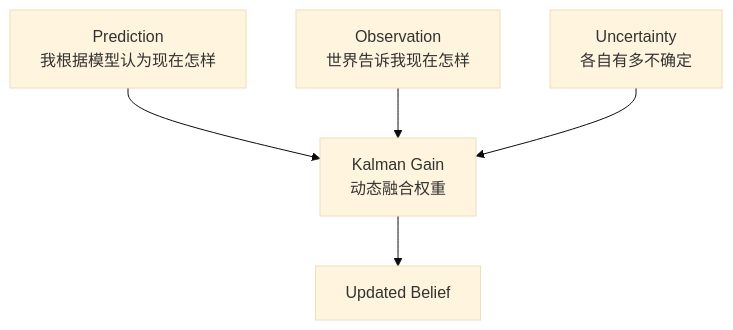
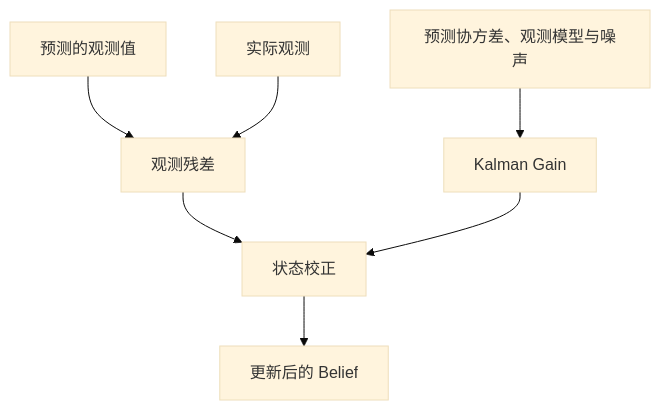
One commit to hyandnn/my-learning-notes changed the diagram in docs/slam/foundations/kalman-gain-intuition.md. Above: the diagram before and after it, drawn with Mermaid (base theme). The commit also changed other lines of this file and 11 other files, not shown here.

````diff
--- a/docs/slam/foundations/kalman-gain-intuition.md
+++ b/docs/slam/foundations/kalman-gain-intuition.md
@@ -37,13 +37,9 @@
 ```mermaid
 flowchart TD
-    P["Prediction<br/>我根据模型认为现在怎样"]
-    O["Observation<br/>世界告诉我现在怎样"]
-    U["Uncertainty<br/>各自有多不确定"]
-    K["Kalman Gain<br/>动态融合权重"]
-    B["Updated Belief"]
-
-    P --> K
-    O --> K
-    U --> K
-    K --> B
+    P["预测的观测值"] --> R["观测残差"]
+    O["实际观测"] --> R
+    U["预测协方差、观测模型与噪声"] --> K["Kalman Gain"]
+    R --> C["状态校正"]
+    K --> C
+    C --> B["更新后的 Belief"]
 ```
````
